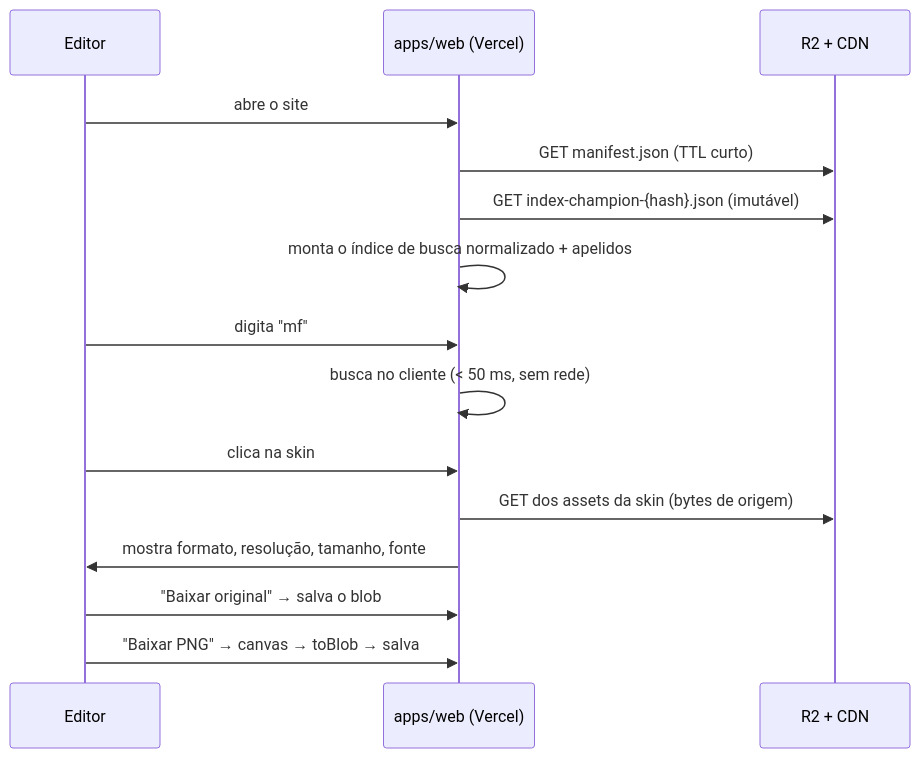
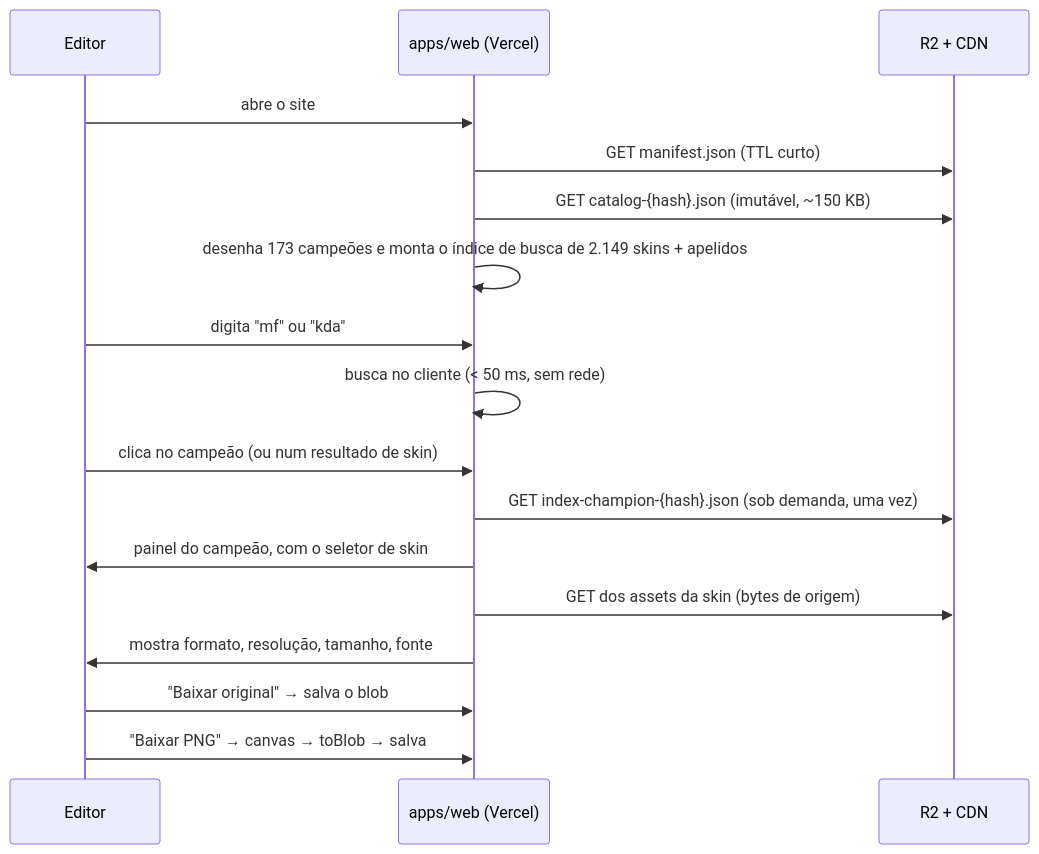
Before and after one commit to NihonCodingg/PROJETO-ASSETS-LOL: the third of 4 diagrams in docs/SPEC.md, drawn with Mermaid. The commit also changed other lines of this file and 12 other files, not shown here.

````diff
--- a/docs/SPEC.md
+++ b/docs/SPEC.md
@@ -208,18 +220,20 @@
 ```mermaid
 sequenceDiagram
     participant U as Editor
     participant W as apps/web (Vercel)
     participant R as R2 + CDN
 
     U->>W: abre o site
     W->>R: GET manifest.json (TTL curto)
-    W->>R: GET index-champion-{hash}.json (imutável)
-    W->>W: monta o índice de busca normalizado + apelidos
-    U->>W: digita "mf"
+    W->>R: GET catalog-{hash}.json (imutável, ~150 KB)
+    W->>W: desenha 173 campeões e monta o índice de busca de 2.149 skins + apelidos
+    U->>W: digita "mf" ou "kda"
     W->>W: busca no cliente (< 50 ms, sem rede)
-    U->>W: clica na skin
+    U->>W: clica no campeão (ou num resultado de skin)
+    W->>R: GET index-champion-{hash}.json (sob demanda, uma vez)
+    W->>U: painel do campeão, com o seletor de skin
     W->>R: GET dos assets da skin (bytes de origem)
     W->>U: mostra formato, resolução, tamanho, fonte
     U->>W: "Baixar original" → salva o blob
     U->>W: "Baixar PNG" → canvas → toBlob → salva
 ```
````
